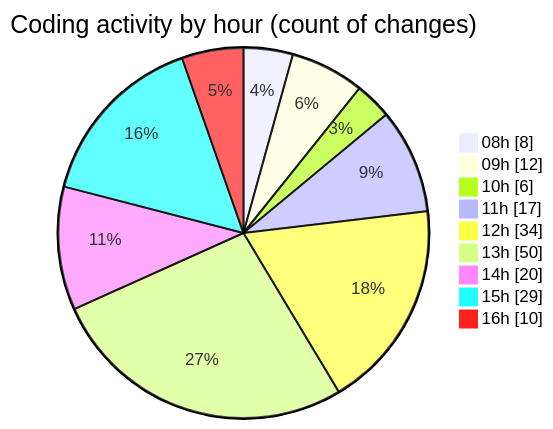
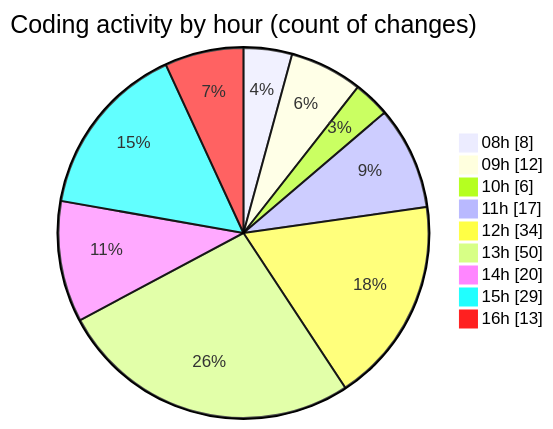
The second of 2 diagrams in 2025-09-15/cda/README.md (momahboobian/code-tracking), drawn with Mermaid before and after one commit. The commit also changed other lines of this file and 1 other file, not shown here.

````diff
--- a/2025-09-15/cda/README.md
+++ b/2025-09-15/cda/README.md
@@ -35,13 +35,13 @@
 ```mermaid
 pie showData
 title Coding activity by hour (count of changes)
 "08h" : 8
 "09h" : 12
 "10h" : 6
 "11h" : 17
 "12h" : 34
 "13h" : 50
 "14h" : 20
 "15h" : 29
-"16h" : 10
+"16h" : 13
 ```
````
